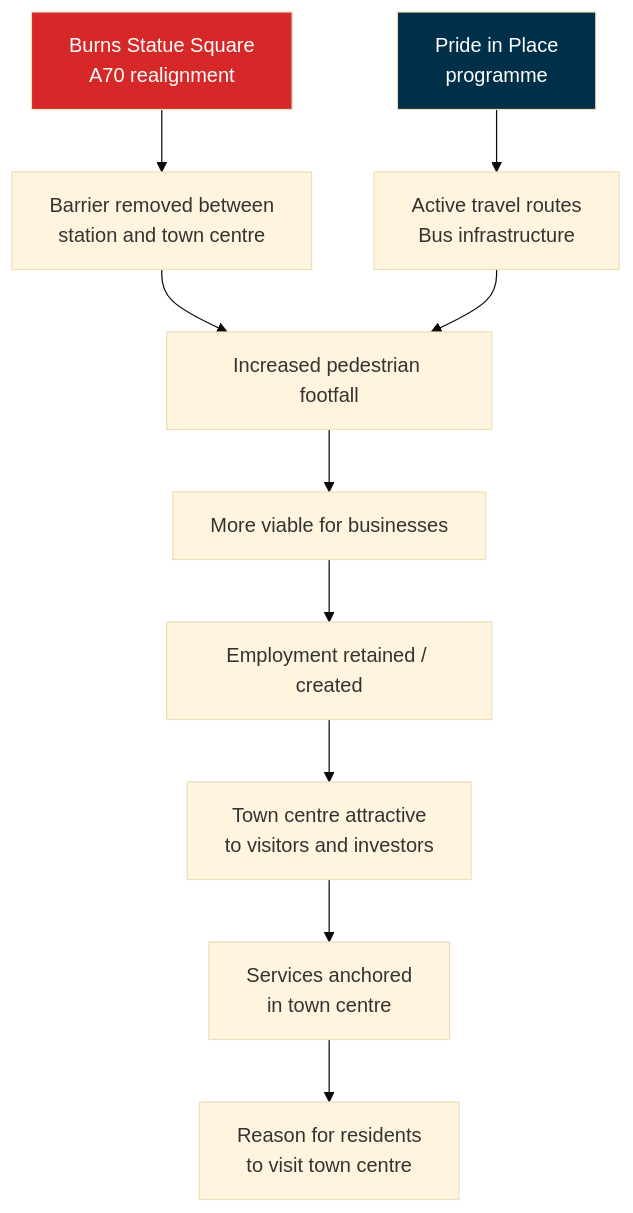
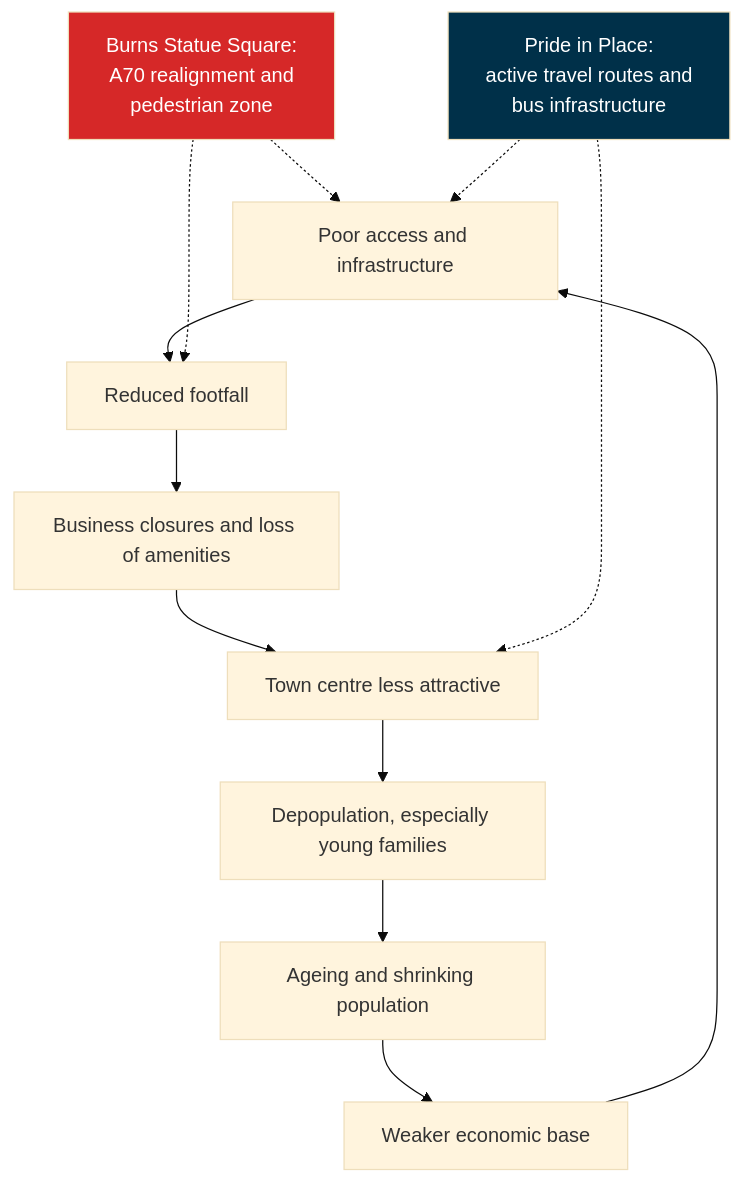
One commit to JonMinton/ayr-town-centre-vitality changed the diagram in analysis/urban-accessibility.qmd. Above: the diagram before and after it, drawn with Mermaid (base theme). The commit also changed other lines of this file, not shown here.

Commit message:
Fix theory of change diagram: add cycle loop and use dashed intervention arrows
The Mermaid diagram now reuses the project's vicious cycle (with G→A feedback
loop) and follows the established convention of dashed arrows for interventions
and solid arrows for causal paths. Also fixes literal &amp; rendering.

````diff
--- a/analysis/urban-accessibility.qmd
+++ b/analysis/urban-accessibility.qmd
@@ -446,17 +446,19 @@
 ```{mermaid}
 %%| fig-cap: "How accessibility improvements break the vicious cycle"
-flowchart TD
-    A["Burns Statue Square<br/>A70 realignment"] --> B["Barrier removed between<br/>station and town centre"]
-    B --> C["Increased pedestrian footfall"]
-    C --> D["More viable for businesses"]
-    D --> E["Employment retained / created"]
-    E --> F["Town centre attractive<br/>to visitors and investors"]
-    F --> G["Services anchored<br/>in town centre"]
-    G --> H["Reason for residents<br/>to visit town centre"]
+graph TD
+    A[Poor access and infrastructure] --> B[Reduced footfall]
+    B --> C[Business closures and loss of amenities]
+    C --> D[Town centre less attractive]
+    D --> E[Depopulation, especially young families]
+    E --> F[Ageing and shrinking population]
+    F --> G[Weaker economic base]
+    G --> A
 
-    I["Pride in Place<br/>programme"] --> J["Active travel routes<br/>Bus infrastructure"]
-    J --> C
+    H["Burns Statue Square:<br/>A70 realignment and<br/>pedestrian zone"] -.-> A
+    H -.-> B
+    I["Pride in Place:<br/>active travel routes and<br/>bus infrastructure"] -.-> A
+    I -.-> D
 
-    style A fill:#D62828,color:#fff
+    style H fill:#D62828,color:#fff
     style I fill:#003049,color:#fff
 ```
````
